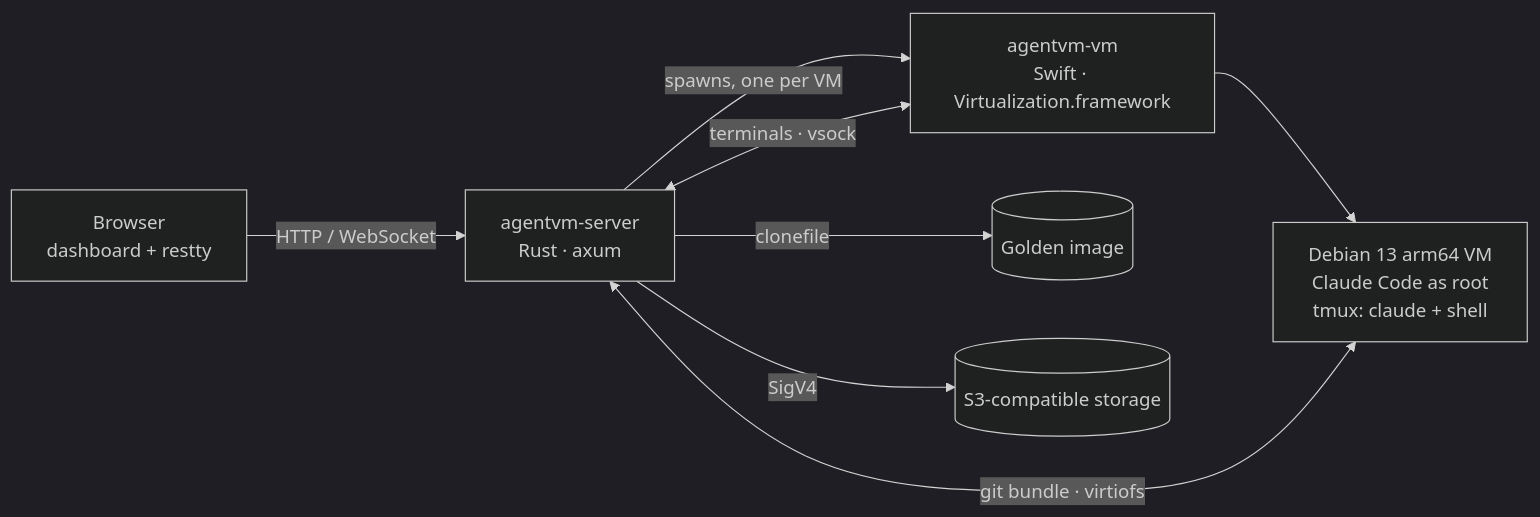
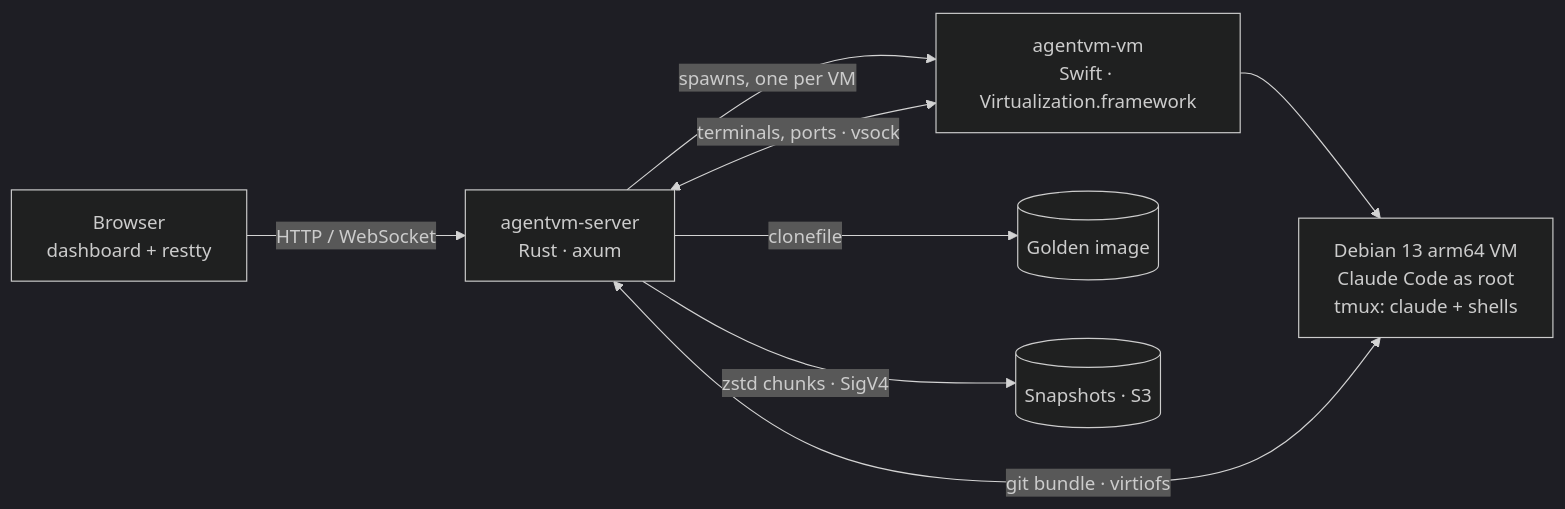
The diagram in README.md (egeominotti/agentvm), drawn with Mermaid (dark theme) before and after one commit. The commit also changed other lines of this file and 17 other files, not shown here.

````diff
--- a/README.md
+++ b/README.md
@@ -167,10 +228,10 @@
 ```mermaid
 flowchart LR
     B[Browser<br/>dashboard + restty] -- HTTP / WebSocket --> S[agentvm-server<br/>Rust · axum]
     S -- spawns, one per VM --> H[agentvm-vm<br/>Swift · Virtualization.framework]
-    H --> V[Debian 13 arm64 VM<br/>Claude Code as root<br/>tmux: claude + shell]
+    H --> V[Debian 13 arm64 VM<br/>Claude Code as root<br/>tmux: claude + shells]
     S <-- git bundle · virtiofs --> V
-    S <-- terminals · vsock --> H
+    S <-- terminals, ports · vsock --> H
     S -- clonefile --> G[(Golden image)]
-    S -- SigV4 --> O[(S3-compatible storage)]
+    S -- zstd chunks · SigV4 --> O[(Snapshots · S3)]
 ```
````
